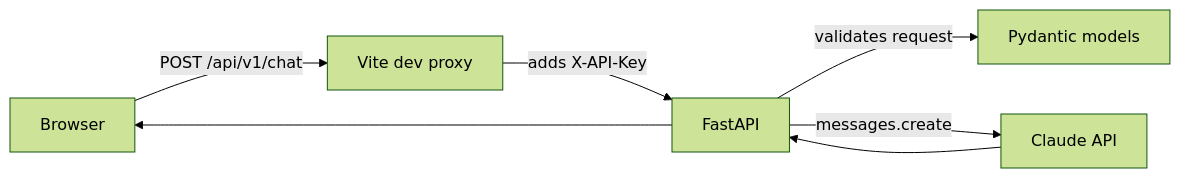
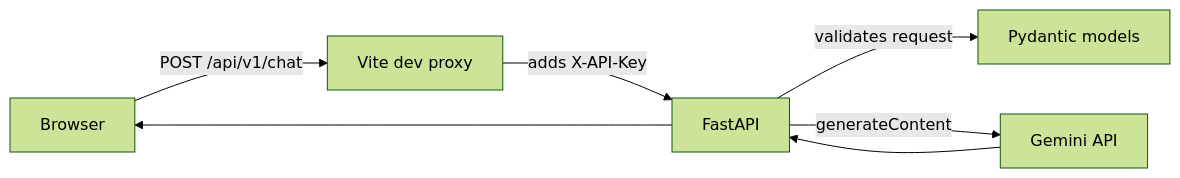
One commit to NeelimaPopuri/ai-engineer-intern-project changed the diagram in day1-hello-world/docs/architecture.md. Above: the diagram before and after it, drawn with Mermaid (forest theme). The commit also changed 7 other files, not shown here.

````diff
--- a/day1-hello-world/docs/architecture.md
+++ b/day1-hello-world/docs/architecture.md
@@ -3,8 +3,8 @@
 ```mermaid
 flowchart LR
     U[Browser] -->|"POST /api/v1/chat"| V[Vite dev proxy]
     V -->|"adds X-API-Key"| A[FastAPI]
     A -->|"validates request"| S[Pydantic models]
-    A -->|"messages.create"| C[Claude API]
+    A -->|"generateContent"| C[Gemini API]
     C --> A --> U
 ```
````
